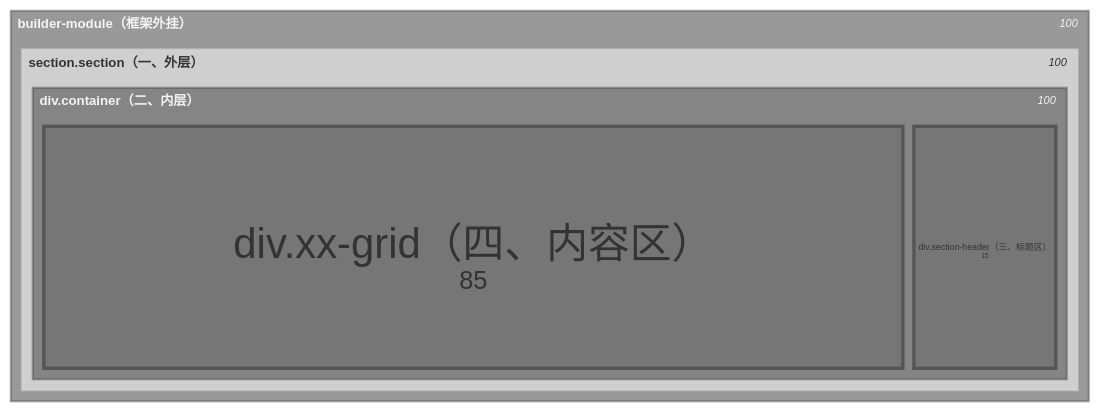
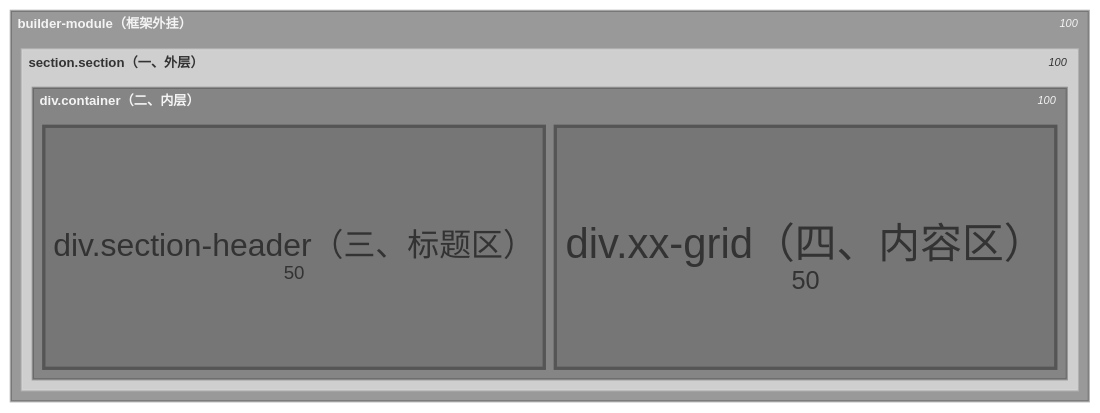
The diagram in .claude/skills/template-new-block/reference/block-structure.md (jjq-git/mycompany.website), drawn with Mermaid before and after one commit.

````diff
--- a/.claude/skills/template-new-block/reference/block-structure.md
+++ b/.claude/skills/template-new-block/reference/block-structure.md
@@ -25,12 +25,12 @@
 ```mermaid
 ---
 config:
   theme: neutral
 ---
 treemap-beta
 "builder-module（框架外挂）"
     "section.section（一、外层）"
         "div.container（二、内层）"
-            "div.section-header（三、标题区）": 15
-            "div.xx-grid（四、内容区）": 85
+            "div.section-header（三、标题区）": 50
+            "div.xx-grid（四、内容区）": 50
 ```
````
